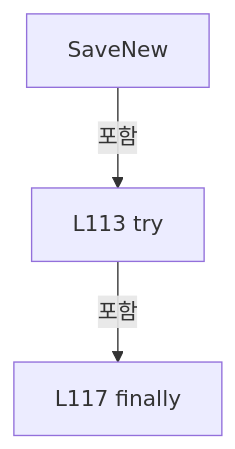
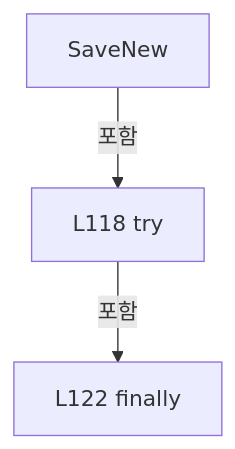
Before and after one commit to kjuws10-rgb/Shared: the third of 19 diagrams in A3 LD Code Ref/files/Drilling.File/ReviewOffset/CReviewOffsetFile.cs.md, drawn with Mermaid. The commit also changed other lines of this file and 2071 other files, not shown here.

Commit message:
docs(a3): update 11.19.0 architecture and code reference

````diff
--- a/A3 LD Code Ref/files/Drilling.File/ReviewOffset/CReviewOffsetFile.cs.md
+++ b/A3 LD Code Ref/files/Drilling.File/ReviewOffset/CReviewOffsetFile.cs.md
@@ -550,8 +581,8 @@
 ```mermaid
 flowchart TD
  M["SaveNew"]
- N0["L113 try"]
+ N0["L118 try"]
  M -->|포함| N0
- N1["L117 finally"]
+ N1["L122 finally"]
  N0 -->|포함| N1
 ```
````
